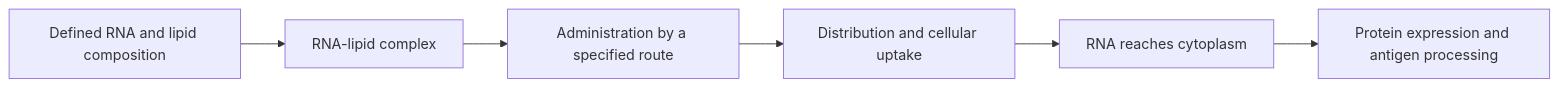
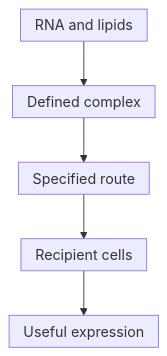
The diagram in wiki/education/concepts/engineering-and-manufacturing/delivery-vehicles/rna-lipoplex.md (jasonLaster/oncoguide), drawn with Mermaid before and after one commit. The commit also changed other lines of this file and 23 other files, not shown here.

````diff
--- a/wiki/education/concepts/engineering-and-manufacturing/delivery-vehicles/rna-lipoplex.md
+++ b/wiki/education/concepts/engineering-and-manufacturing/delivery-vehicles/rna-lipoplex.md
@@ -38,8 +38,8 @@
 ```mermaid
-flowchart LR
-  A[Defined RNA and lipid composition] --> B[RNA-lipid complex]
-  B --> C[Administration by a specified route]
-  C --> D[Distribution and cellular uptake]
-  D --> E[RNA reaches cytoplasm]
-  E --> F[Protein expression and antigen processing]
+%%{init: {"htmlLabels":false,"flowchart":{"htmlLabels":false,"padding":8,"nodeSpacing":25}}}%%
+flowchart TD
+  A["RNA and lipids"] --> B["Defined complex"]
+  B --> C["Specified route"]
+  C --> D["Recipient cells"]
+  D --> E["Useful expression"]
 ```
````
